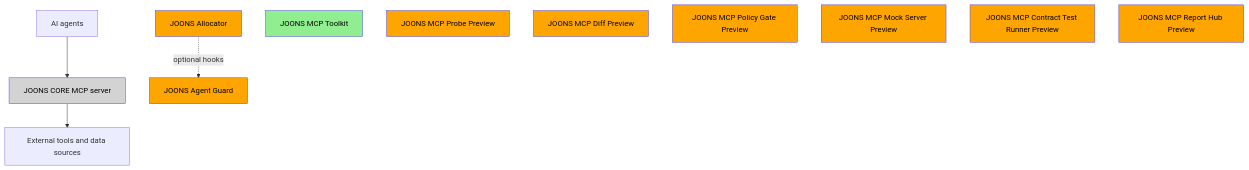
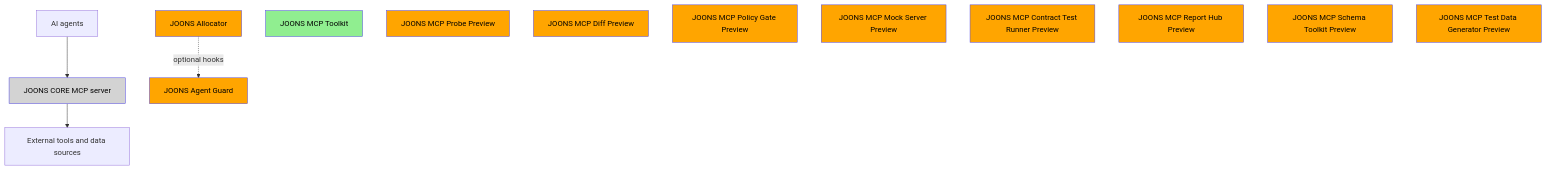
One commit to dbdefault/joons-ecosystem changed the diagram in README.ko.md. Above: the diagram before and after it, drawn with Mermaid. The commit also changed other lines of this file and 2 other files, not shown here.

Commit message:
Docs: add JOONS MCP Test Data Generator and Schema Toolkit v0.1.0 Preview

````diff
--- a/README.ko.md
+++ b/README.ko.md
@@ -33,21 +35,23 @@
 ```mermaid
 flowchart TD
     Agent["AI agents"] --> CORE["JOONS CORE MCP server"]
     CORE --> External["External tools and data sources"]
     Allocator["JOONS Allocator"] -. "optional hooks" .-> Guard["JOONS Agent Guard"]
     Toolkit["JOONS MCP Toolkit"]
     Probe["JOONS MCP Probe Preview"]
     Diff["JOONS MCP Diff Preview"]
     PolicyGate["JOONS MCP Policy Gate Preview"]
     MockServer["JOONS MCP Mock Server Preview"]
     ContractRunner["JOONS MCP Contract Test Runner Preview"]
     ReportHub["JOONS MCP Report Hub Preview"]
+    SchemaKit["JOONS MCP Schema Toolkit Preview"]
+    TestData["JOONS MCP Test Data Generator Preview"]
     classDef private fill:#d3d3d3,stroke:#4F46E5,color:#000
     classDef public fill:#90ee90,stroke:#4F46E5,color:#000
     classDef preview fill:#ffa500,stroke:#4F46E5,color:#000
     classDef planned fill:#add8e6,stroke:#4F46E5,color:#000
     class CORE private
     class Toolkit public
     class Guard,Allocator preview
-    class Probe,Diff,PolicyGate,MockServer,ContractRunner,ReportHub preview
+    class Probe,Diff,PolicyGate,MockServer,ContractRunner,ReportHub,TestData,SchemaKit preview
 ```
````
